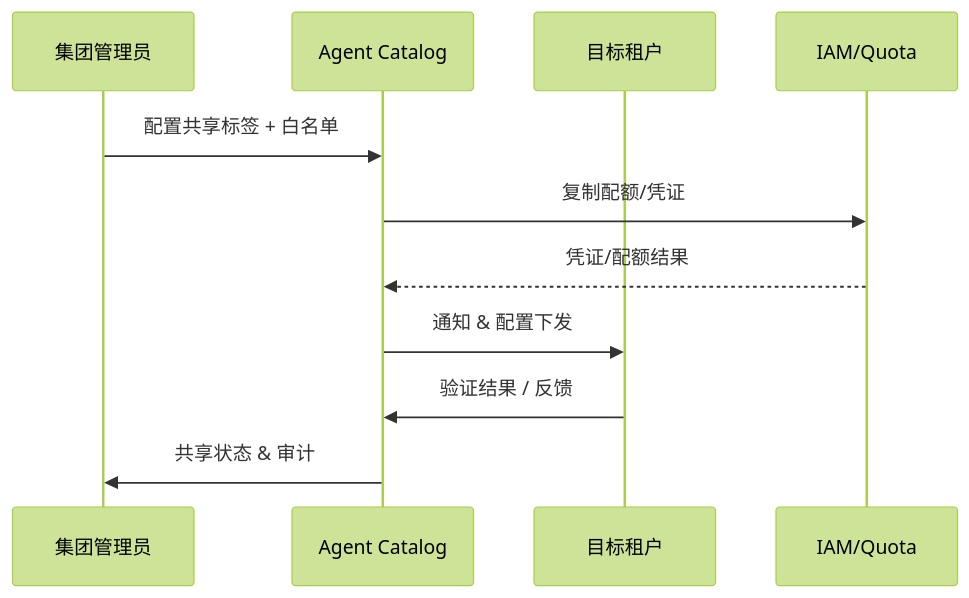
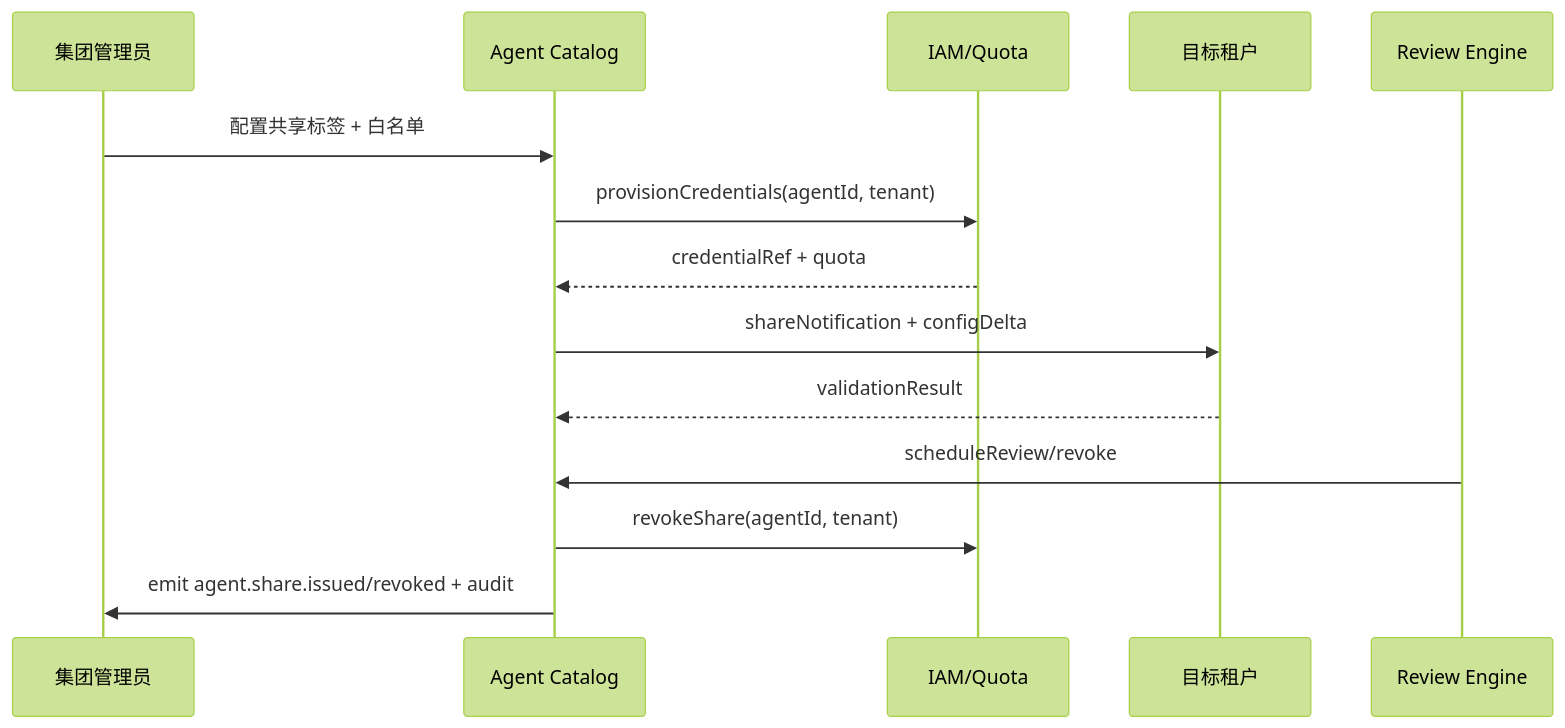
Before and after one commit to ArtisanCloud/PowerXDoc: the diagram in docs/scenarios/agent-orchestration/SCN-AGENT-REG-SHARE-001.md, drawn with Mermaid (forest theme). The commit also changed other lines of this file and 515 other files, not shown here.

````diff
--- a/docs/scenarios/agent-orchestration/SCN-AGENT-REG-SHARE-001.md
+++ b/docs/scenarios/agent-orchestration/SCN-AGENT-REG-SHARE-001.md
@@ -55,14 +57,17 @@
 ```mermaid
 sequenceDiagram
   participant Admin as 集团管理员
   participant Catalog as Agent Catalog
+  participant IAM as IAM/Quota
   participant Tenant as 目标租户
-  participant IAM as IAM/Quota
+  participant Compliance as Review Engine
 
   Admin->>Catalog: 配置共享标签 + 白名单
-  Catalog->>IAM: 复制配额/凭证
-  IAM-->>Catalog: 凭证/配额结果
-  Catalog->>Tenant: 通知 & 配置下发
-  Tenant->>Catalog: 验证结果 / 反馈
-  Catalog->>Admin: 共享状态 & 审计
+  Catalog->>IAM: provisionCredentials(agentId, tenant)
+  IAM-->>Catalog: credentialRef + quota
+  Catalog->>Tenant: shareNotification + configDelta
+  Tenant-->>Catalog: validationResult
+  Compliance->>Catalog: scheduleReview/revoke
+  Catalog->>IAM: revokeShare(agentId, tenant)
+  Catalog->>Admin: emit agent.share.issued/revoked + audit
 ```
````
